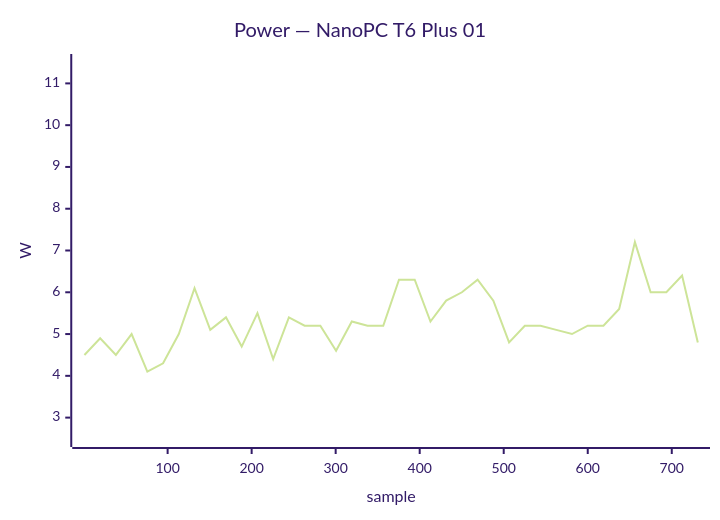
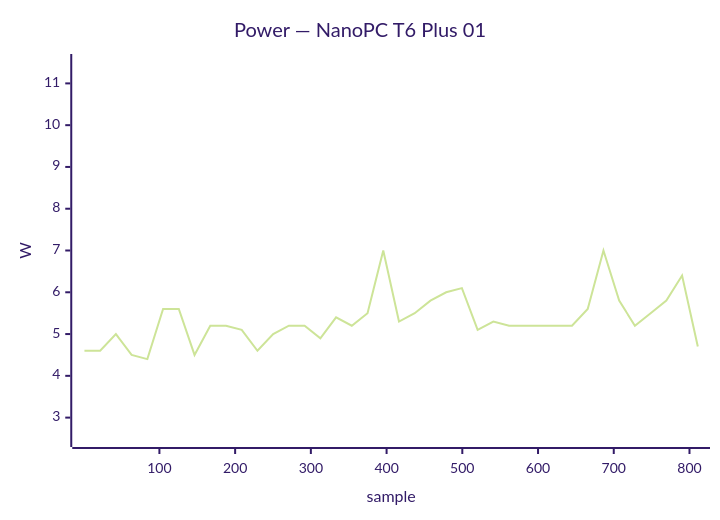
Before and after one commit to armbian/documentation: diagram 20 of 50 in docs/status/board-tests.md, drawn with Mermaid (forest theme). The commit also changed other lines of this file, not shown here.

````diff
--- a/docs/status/board-tests.md
+++ b/docs/status/board-tests.md
@@ -1072,7 +1108,7 @@
 ```mermaid
 xychart-beta
     title "Power — NanoPC T6 Plus 01"
-    x-axis "sample" 1 --> 731
+    x-axis "sample" 1 --> 811
     y-axis "W" 2.5 --> 11.5
-    line [4.5, 4.9, 4.5, 5.0, 4.1, 4.3, 5.0, 6.1, 5.1, 5.4, 4.7, 5.5, 4.4, 5.4, 5.2, 5.2, 4.6, 5.3, 5.2, 5.2, 6.3, 6.3, 5.3, 5.8, 6.0, 6.3, 5.8, 4.8, 5.2, 5.2, 5.1, 5.0, 5.2, 5.2, 5.6, 7.2, 6.0, 6.0, 6.4, 4.8]
+    line [4.6, 4.6, 5.0, 4.5, 4.4, 5.6, 5.6, 4.5, 5.2, 5.2, 5.1, 4.6, 5.0, 5.2, 5.2, 4.9, 5.4, 5.2, 5.5, 7.0, 5.3, 5.5, 5.8, 6.0, 6.1, 5.1, 5.3, 5.2, 5.2, 5.2, 5.2, 5.2, 5.6, 7.0, 5.8, 5.2, 5.5, 5.8, 6.4, 4.7]
 ```
````
